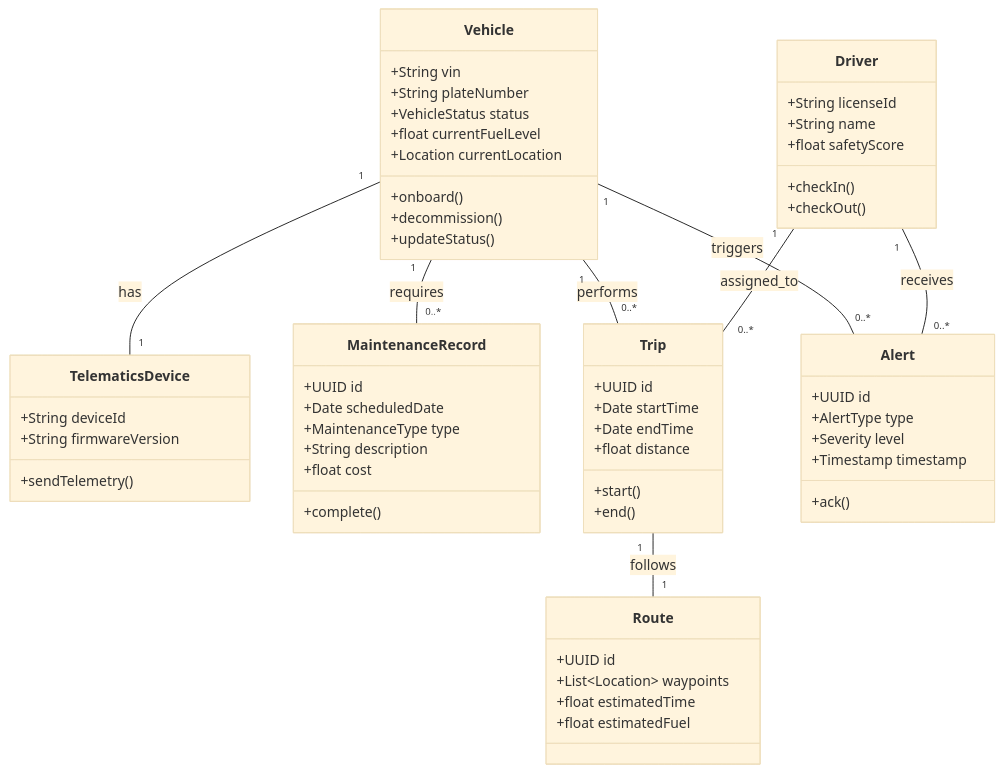
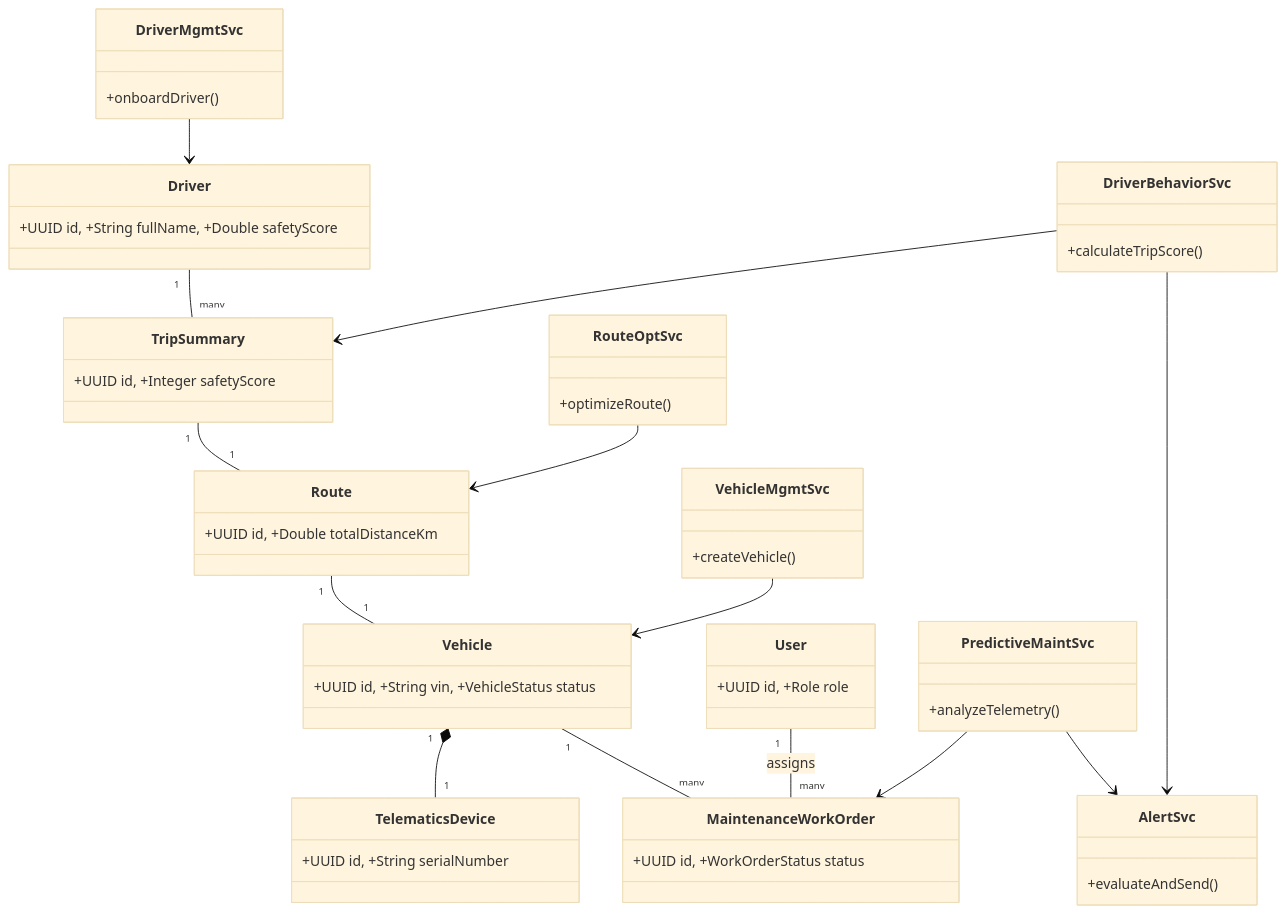
One commit to adityasinghz/kata changed the eighth of 8 diagrams in CLASS_DIAGRAM.md. Above: the diagram before and after it, drawn with Mermaid (base theme). The commit also changed other lines of this file and 16 other files, not shown here.

````diff
--- a/CLASS_DIAGRAM.md
+++ b/CLASS_DIAGRAM.md
@@ -5,68 +399,35 @@
 ```mermaid
 classDiagram
-    class Vehicle {
-        +String vin
-        +String plateNumber
-        +VehicleStatus status
-        +float currentFuelLevel
-        +Location currentLocation
-        +onboard()
-        +decommission()
-        +updateStatus()
-    }
+    %% Core Domain Entities
+    class Vehicle { +UUID id, +String vin, +VehicleStatus status }
+    class Driver { +UUID id, +String fullName, +Double safetyScore }
+    class Route { +UUID id, +Double totalDistanceKm }
+    class MaintenanceWorkOrder { +UUID id, +WorkOrderStatus status }
+    class TripSummary { +UUID id, +Integer safetyScore }
+    class User { +UUID id, +Role role }
+    class TelematicsDevice { +UUID id, +String serialNumber }
 
-    class TelematicsDevice {
-        +String deviceId
-        +String firmwareVersion
-        +sendTelemetry()
-    }
+    %% Services
+    class VehicleMgmtSvc { +createVehicle() }
+    class DriverMgmtSvc { +onboardDriver() }
+    class PredictiveMaintSvc { +analyzeTelemetry() }
+    class RouteOptSvc { +optimizeRoute() }
+    class DriverBehaviorSvc { +calculateTripScore() }
+    class AlertSvc { +evaluateAndSend() }
 
-    class Driver {
-        +String licenseId
-        +String name
-        +float safetyScore
-        +checkIn()
-        +checkOut()
-    }
+    %% Relationships
+    Vehicle "1" *-- "1" TelematicsDevice
+    Vehicle "1" -- "many" MaintenanceWorkOrder
+    Driver "1" -- "many" TripSummary
+    Route "1" -- "1" Vehicle
+    TripSummary "1" -- "1" Route
+    User "1" -- "many" MaintenanceWorkOrder : assigns
 
-    class MaintenanceRecord {
-        +UUID id
-        +Date scheduledDate
-        +MaintenanceType type
-        +String description
-        +float cost
-        +complete()
-    }
-
-    class Trip {
-        +UUID id
-        +Date startTime
-        +Date endTime
-        +float distance
-        +start()
-        +end()
-    }
-
-    class Route {
-        +UUID id
-        +List~Location~ waypoints
-        +float estimatedTime
-        +float estimatedFuel
-    }
-
-    class Alert {
-        +UUID id
-        +AlertType type
-        +Severity level
-        +Timestamp timestamp
-        +ack()
-    }
-
-    Vehicle "1" -- "1" TelematicsDevice : has
-    Vehicle "1" -- "0..*" MaintenanceRecord : requires
-    Vehicle "1" -- "0..*" Trip : performs
-    Driver "1" -- "0..*" Trip : assigned_to
-    Trip "1" -- "1" Route : follows
-    Vehicle "1" -- "0..*" Alert : triggers
-    Driver "1" -- "0..*" Alert : receives
+    VehicleMgmtSvc --> Vehicle
+    DriverMgmtSvc --> Driver
+    PredictiveMaintSvc --> MaintenanceWorkOrder
+    RouteOptSvc --> Route
+    DriverBehaviorSvc --> TripSummary
+    PredictiveMaintSvc --> AlertSvc
+    DriverBehaviorSvc --> AlertSvc
 ```
````
